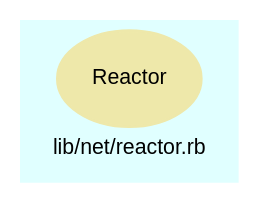
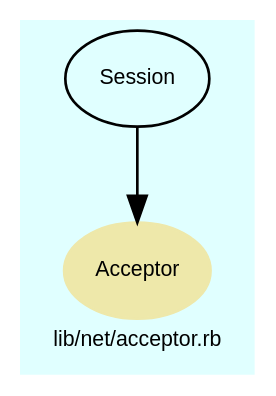
One commit to Tyche/teensymud changed the diagram in doc/dot/f_13.dot. Above: the diagram before and after it, drawn with Graphviz. The commit also changed 180 other files, not shown here.

```diff
--- a/doc/dot/f_13.dot
+++ b/doc/dot/f_13.dot
@@ -1,22 +1,31 @@
 digraph TopLevel {
     compound = true
     bgcolor = lightcyan1
     fontname = Arial
     fontsize = 8
-    label = "lib/net/reactor.rb"
+    label = "lib/net/acceptor.rb"
     node [
         fontname = Arial,
         fontsize = 8,
         color = black
     ]
 
-    Reactor [
+    Acceptor [
         fontcolor = black,
-        URL = "classes/Reactor.html",
+        URL = "classes/Acceptor.html",
         shape = ellipse,
         color = palegoldenrod,
         style = filled,
-        label = "Reactor"
+        label = "Acceptor"
+    ]
+
+    Session [
+        URL = "classes/Session.html",
+        label = "Session"
+    ]
+
+    Session -> Acceptor [
+
     ]
 
 }
```
